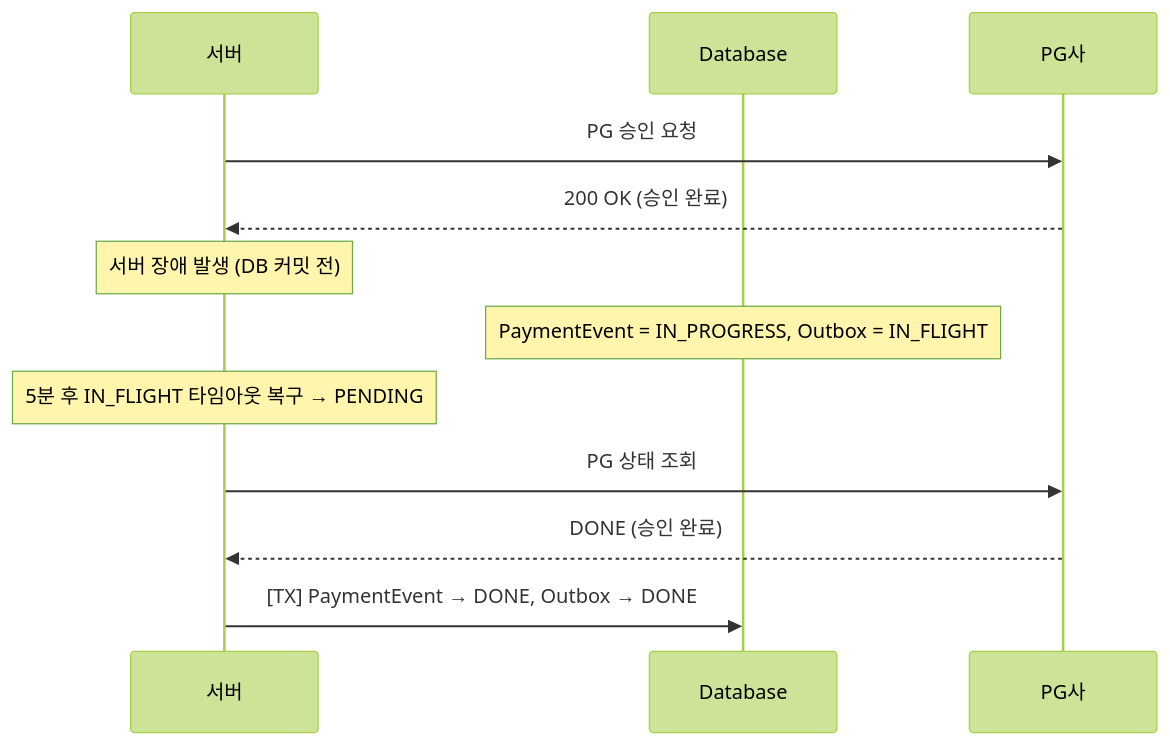
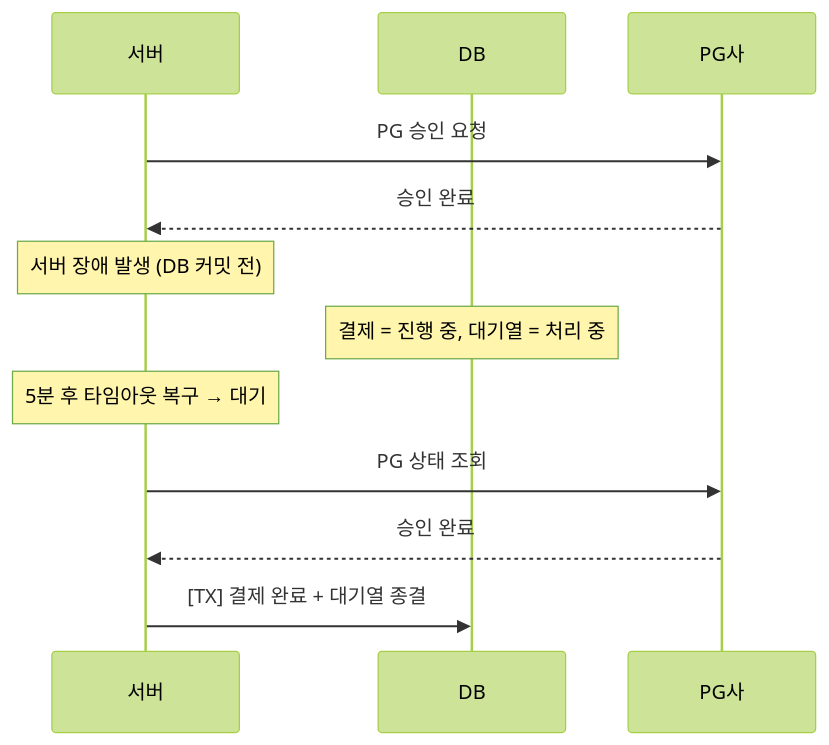
One commit to hyoguoo/hyoguoo.github.io changed the sixth of 10 diagrams in src/content/docs/blog/payment-recovery-state-design.md. Above: the diagram before and after it, drawn with Mermaid (forest theme). The commit also changed other lines of this file and 1 other file, not shown here.

````diff
--- a/src/content/docs/blog/payment-recovery-state-design.md
+++ b/src/content/docs/blog/payment-recovery-state-design.md
@@ -314,14 +314,14 @@
 ```mermaid
 sequenceDiagram
     participant S as 서버
-    participant DB as Database
+    participant DB as DB
     participant PG as PG사
     S ->> PG: PG 승인 요청
-    PG -->> S: 200 OK (승인 완료)
+    PG -->> S: 승인 완료
     Note over S: 서버 장애 발생 (DB 커밋 전)
-    Note over DB: PaymentEvent = IN_PROGRESS, Outbox = IN_FLIGHT
-    Note over S: 5분 후 IN_FLIGHT 타임아웃 복구 → PENDING
+    Note over DB: 결제 = 진행 중, 대기열 = 처리 중
+    Note over S: 5분 후 타임아웃 복구 → 대기
     S ->> PG: PG 상태 조회
-    PG -->> S: DONE (승인 완료)
-    S ->> DB: [TX] PaymentEvent → DONE, Outbox → DONE
+    PG -->> S: 승인 완료
+    S ->> DB: [TX] 결제 완료 + 대기열 종결
 ```
````
